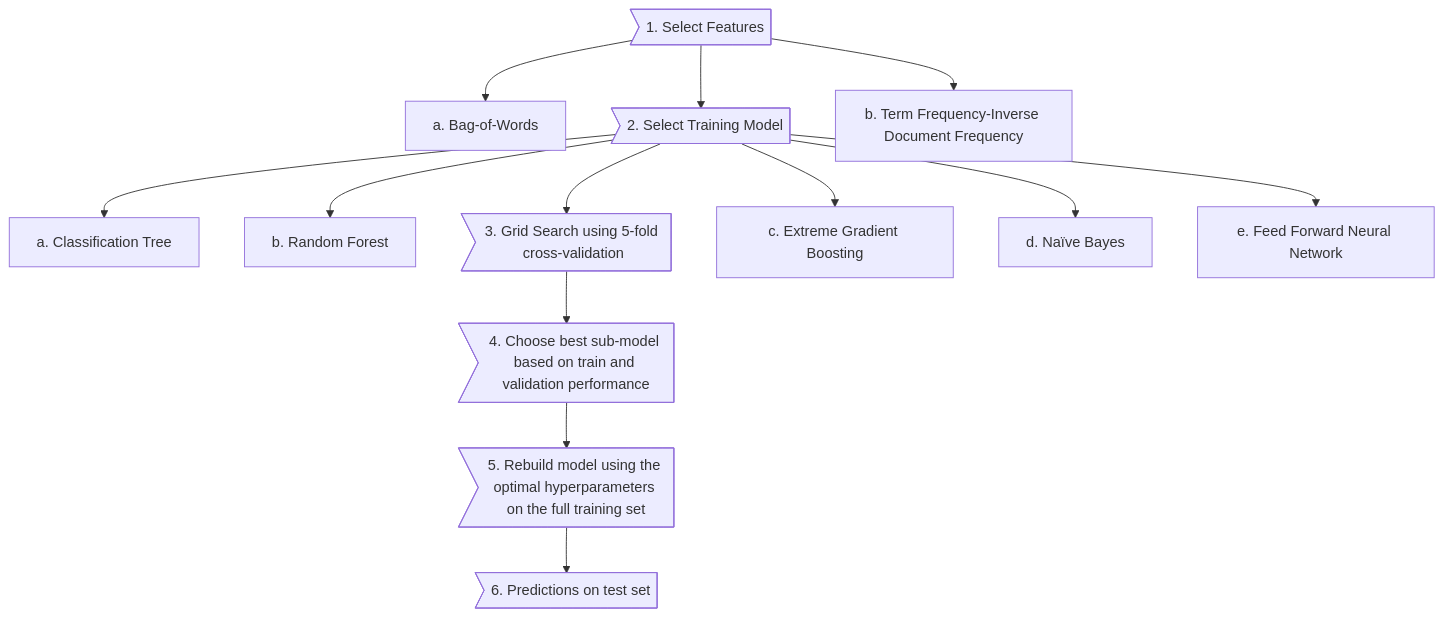
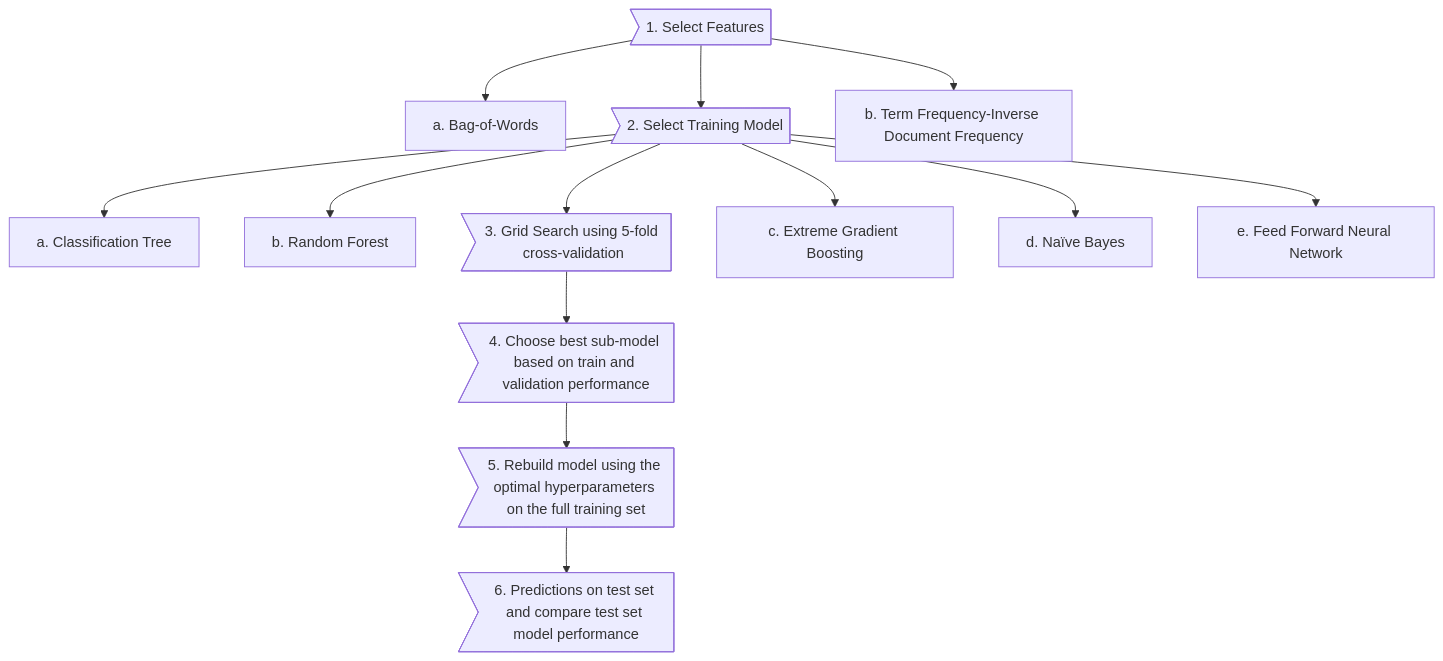
One commit to NatalieAlexander/STA5073Z_Assignment1 changed the diagram in STA5073Z_Assignment1.qmd. Above: the diagram before and after it, drawn with Mermaid. The commit also changed other lines of this file and 363 other files, not shown here.

````diff
--- a/STA5073Z_Assignment1.qmd
+++ b/STA5073Z_Assignment1.qmd
@@ -205,18 +232,19 @@
 ```{mermaid}
 %%| echo: false 
-%%| fig-cap: "__Figure 1:__ Flow-chart showing the work-flow for model construction, hyperparameter tuning and model selection and testing after splitting the data into 70% training and 30% test sets."
+%%| fig-cap: "Flow-chart showing the work-flow for model construction, hyperparameter tuning and model selection and testing after splitting the data into 70% training and 30% test sets."
+%%| label: fig-1
 flowchart TB
   A>1. Select Features] --> B[a. Bag-of-Words]
   A --> D>2. Select Training Model]
   A --> C[b. Term Frequency-Inverse Document Frequency]
   D --> E[a. Classification Tree]
   D --> F[b. Random Forest]
   D --> J>3. Grid Search using 5-fold cross-validation]
   D --> G[c. Extreme Gradient Boosting]
   D --> H[d. Naïve Bayes]
   D --> I[e. Feed Forward Neural Network]
   J --> K>4. Choose best sub-model based on train and validation performance]
   K --> L>5. Rebuild model using the optimal hyperparameters on the full training set]
-  L --> M>6. Predictions on test set]
+  L --> M>6. Predictions on test set and compare test set model performance]
   
 ```
````
